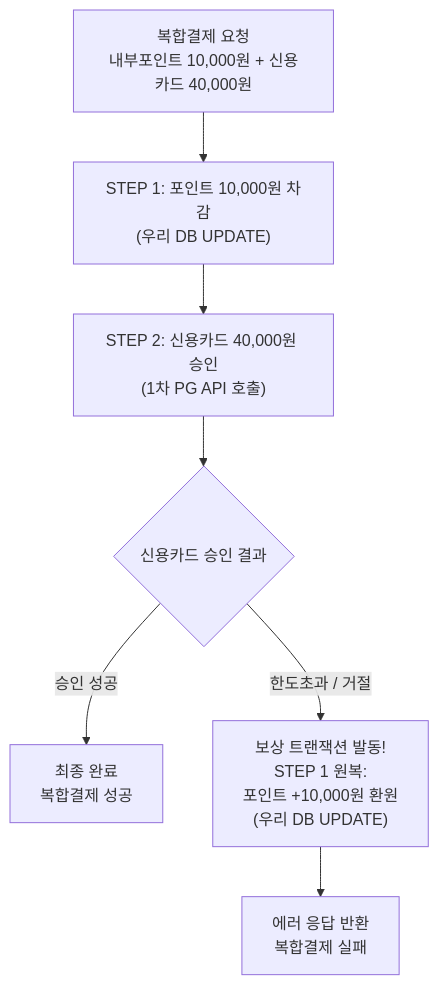
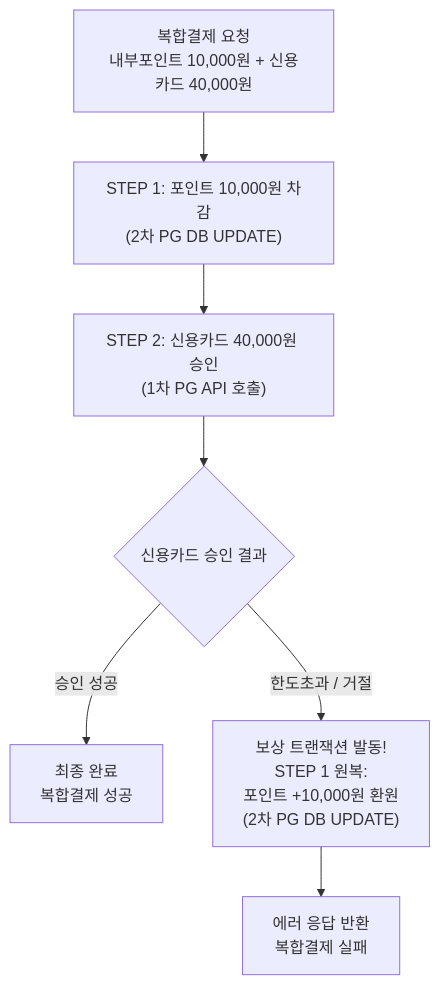
Before and after one commit to sweetpark/sweetpark.github.io: diagram 13 of 25 in content/AI 도구/PG 교육자료/[AI] 2차 PG 백엔드 개발자 교육 문서 - 핵심 개념 및 특징 정리.md, drawn with Mermaid. The commit also changed other lines of this file and 40 other files, not shown here.

````diff
--- a/content/AI 도구/PG 교육자료/[AI] 2차 PG 백엔드 개발자 교육 문서 - 핵심 개념 및 특징 정리.md
+++ b/content/AI 도구/PG 교육자료/[AI] 2차 PG 백엔드 개발자 교육 문서 - 핵심 개념 및 특징 정리.md
@@ -684,14 +684,14 @@
 ```mermaid
 flowchart TD
     A["복합결제 요청\n내부포인트 10,000원 + 신용카드 40,000원"]
-    B["STEP 1: 포인트 10,000원 차감\n(우리 DB UPDATE)"]
+    B["STEP 1: 포인트 10,000원 차감\n(2차 PG DB UPDATE)"]
     C["STEP 2: 신용카드 40,000원 승인\n(1차 PG API 호출)"]
     D{신용카드 승인 결과}
     E["최종 완료\n복합결제 성공"]
-    F["보상 트랜잭션 발동!\nSTEP 1 원복:\n포인트 +10,000원 환원\n(우리 DB UPDATE)"]
+    F["보상 트랜잭션 발동!\nSTEP 1 원복:\n포인트 +10,000원 환원\n(2차 PG DB UPDATE)"]
     G["에러 응답 반환\n복합결제 실패"]
 
     A --> B --> C --> D
     D -->|"승인 성공"| E
     D -->|"한도초과 / 거절"| F --> G
 ```
````
